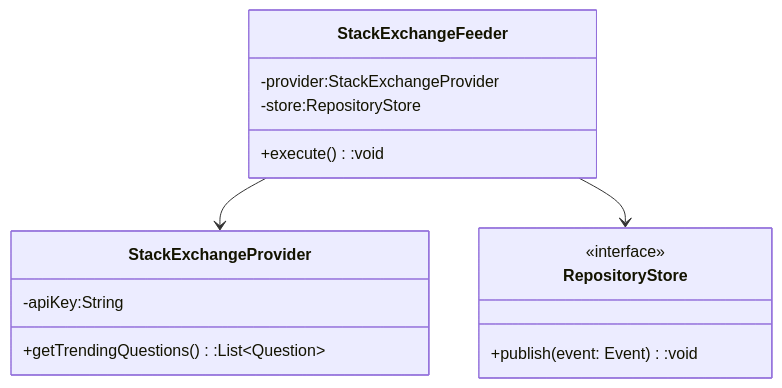
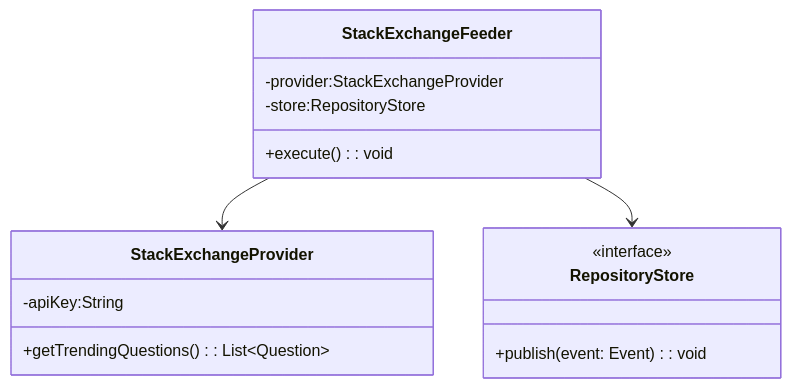
Before and after one commit to TechnoRadar/techno-radar: the third of 5 diagrams in README.md, drawn with Mermaid. The commit also changed other lines of this file, not shown here.

````diff
--- a/README.md
+++ b/README.md
@@ -262,18 +262,18 @@
 ```mermaid
 classDiagram
     class StackExchangeFeeder {
         -provider:StackExchangeProvider
         -store:RepositoryStore
-        +execute():void
+        +execute() : void
     }
     class StackExchangeProvider {
         -apiKey:String
-        +getTrendingQuestions():List~Question~
+        +getTrendingQuestions() : List~Question~
     }
     class RepositoryStore {
         <<interface>>
-        +publish(event: Event):void
+        +publish(event: Event) : void
     }
     StackExchangeFeeder --> StackExchangeProvider
     StackExchangeFeeder --> RepositoryStore
 ```
````
